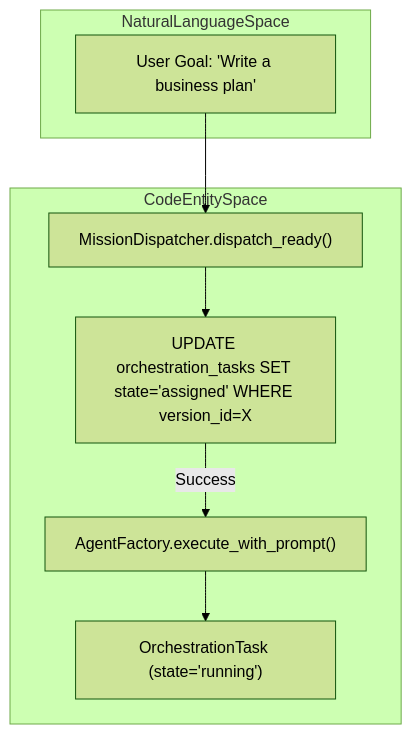
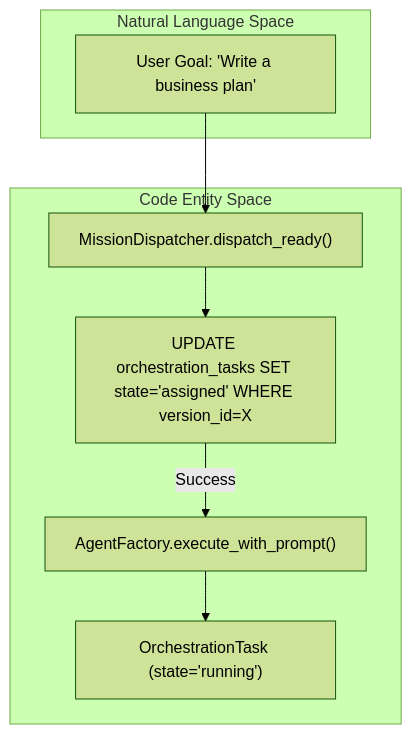
The first of 2 diagrams in docs/missions-multi-agent-coordination/coordinator-service-dispatcher.md (AutomatosAI/automatos-ai), drawn with Mermaid (forest theme) before and after one commit. The commit also changed other lines of this file and 191 other files, not shown here.

````diff
--- a/docs/missions-multi-agent-coordination/coordinator-service-dispatcher.md
+++ b/docs/missions-multi-agent-coordination/coordinator-service-dispatcher.md
@@ -78,18 +101,18 @@
 ```mermaid
 graph TD
-    subgraph "NaturalLanguageSpace"
+    subgraph "Natural Language Space"
         Goal["User Goal: 'Write a business plan'"]
     end
 
-    subgraph "CodeEntitySpace"
+    subgraph "Code Entity Space"
         Dispatcher["MissionDispatcher.dispatch_ready()"]
         SQL["UPDATE orchestration_tasks SET state='assigned' WHERE version_id=X"]
         AgentFactory["AgentFactory.execute_with_prompt()"]
         TaskModel["OrchestrationTask (state='running')"]
     end
 
     Goal --> Dispatcher
     Dispatcher --> SQL
     SQL -- "Success" --> AgentFactory
     AgentFactory --> TaskModel
 ```
````
